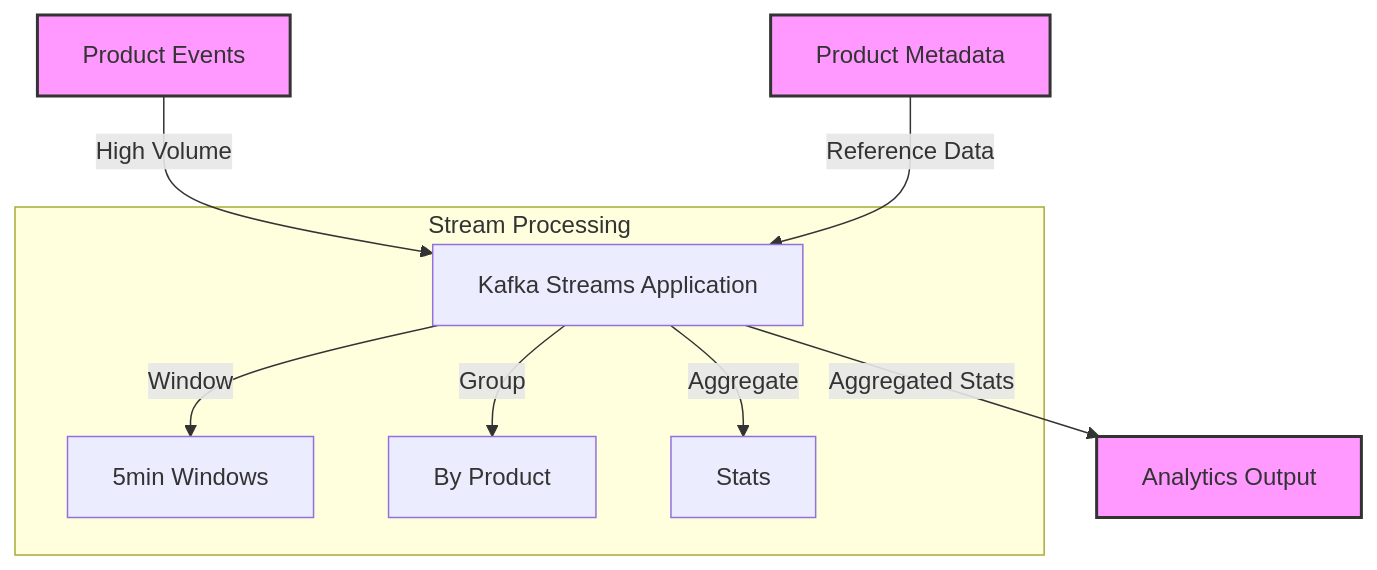
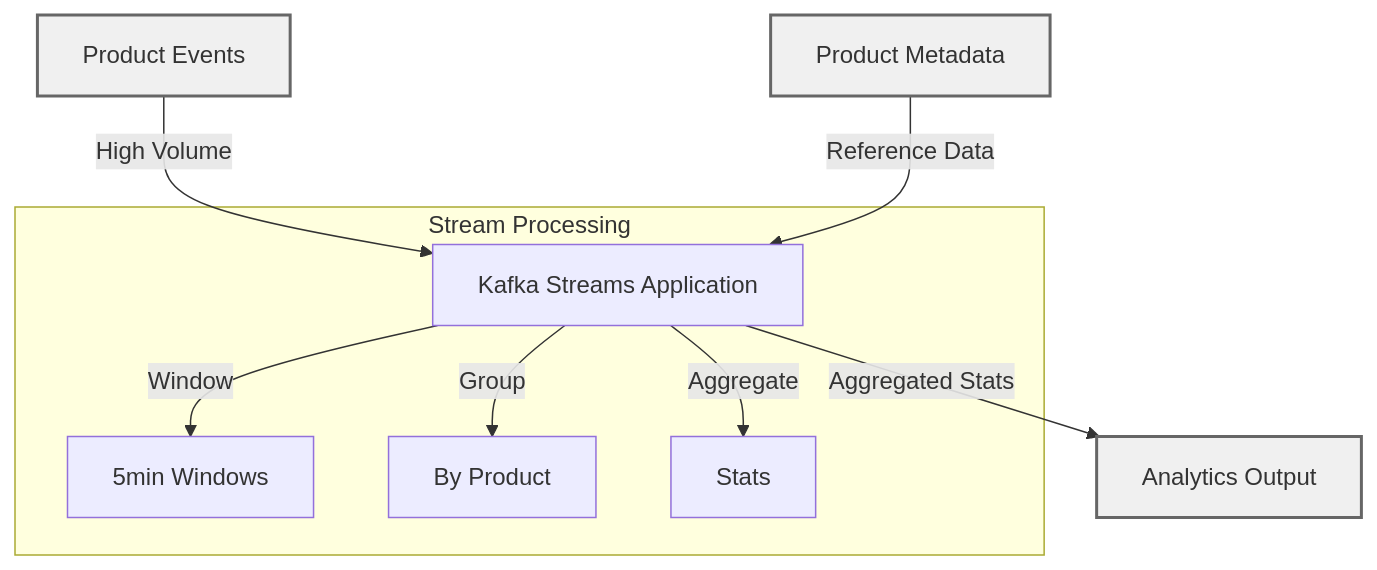
One commit to mitchross/Java-kafka-streams-demo changed the first of 4 diagrams in README.md. Above: the diagram before and after it, drawn with Mermaid. The commit also changed other lines of this file and 14 other files, not shown here.

````diff
--- a/README.md
+++ b/README.md
@@ -34,16 +89,16 @@
 ```mermaid
 graph TD
     A1[Product Events] -->|High Volume| B[Kafka Streams Application]
     A2[Product Metadata] -->|Reference Data| B
     B -->|Aggregated Stats| C[Analytics Output]
     
     subgraph "Stream Processing"
     B -->|Window| D[5min Windows]
     B -->|Group| E[By Product]
     B -->|Aggregate| F[Stats]
     end
     
-    style A1 fill:#f9f,stroke:#333,stroke-width:2px
-    style A2 fill:#f9f,stroke:#333,stroke-width:2px
-    style C fill:#f9f,stroke:#333,stroke-width:2px
+    style A1 fill:#f0f0f0,stroke:#666,stroke-width:2px
+    style A2 fill:#f0f0f0,stroke:#666,stroke-width:2px
+    style C fill:#f0f0f0,stroke:#666,stroke-width:2px
 ```
````
